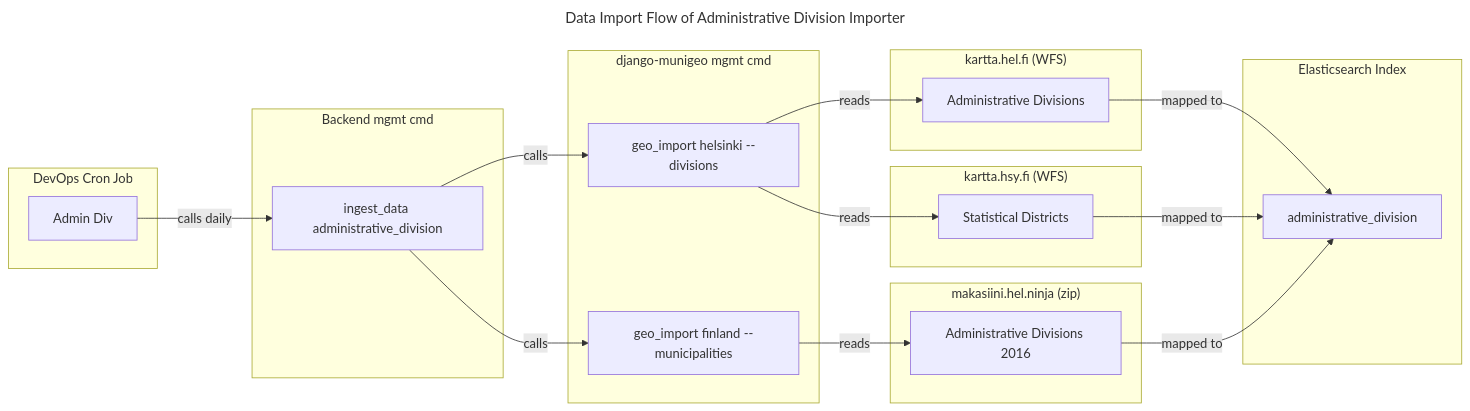
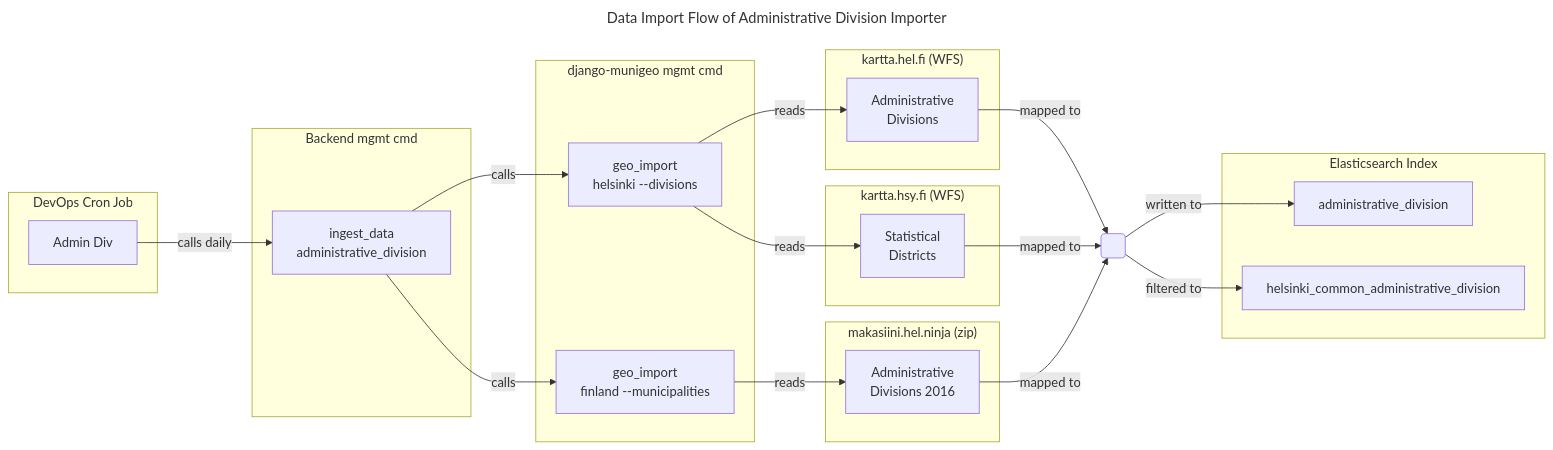
The first of 4 diagrams in sources/ingest/README.md (City-of-Helsinki/unified-search), drawn with Mermaid before and after one commit. The commit also changed other lines of this file and 4 other files, not shown here.

````diff
--- a/sources/ingest/README.md
+++ b/sources/ingest/README.md
@@ -86,41 +86,47 @@
 ```mermaid
 ---
 title: Data Import Flow of Administrative Division Importer
 ---
 flowchart LR
   subgraph DevOps["DevOps Cron Job"]
     AdminDivCronJob["Admin Div"]
   end
   subgraph Sources["Backend mgmt cmd"]
-    IngestDataAdminDiv["ingest_data administrative_division"]
+    IngestDataAdminDiv["ingest_data<br>administrative_division"]
   end
   subgraph DjangoMunigeo["django-munigeo mgmt cmd"]
-    GeoImportFinland["geo_import finland --municipalities"]
-    GeoImportHelsinki["geo_import helsinki --divisions"]
+    GeoImportFinland["geo_import<br>finland --municipalities"]
+    GeoImportHelsinki["geo_import<br>helsinki --divisions"]
   end
   subgraph Makasiini["makasiini.hel.ninja (zip)"]
-    TietoaKuntajaostaZip["Administrative Divisions 2016"]
+    TietoaKuntajaostaZip["Administrative<br>Divisions 2016"]
   end
   subgraph HelsinkiWFS["kartta.hel.fi (WFS)"]
-    AdminDivWFSLayers["Administrative Divisions"]
+    AdminDivWFSLayers["Administrative<br>Divisions"]
   end
   subgraph HsyWFS["kartta.hsy.fi (WFS)"]
-    StatDistrictsWFSLayers["Statistical Districts"]
+    StatDistrictsWFSLayers["Statistical<br>Districts"]
   end
   subgraph Elasticsearch["Elasticsearch Index"]
     AdminDivIndex["administrative_division"]
+    HelAdminDivIndex["helsinki_common_administrative_division"]
   end
 
   AdminDivCronJob -- calls daily --> IngestDataAdminDiv
 
   IngestDataAdminDiv -- calls --> GeoImportFinland
   IngestDataAdminDiv -- calls --> GeoImportHelsinki
 
   GeoImportFinland -- reads --> TietoaKuntajaostaZip
   GeoImportHelsinki -- reads --> AdminDivWFSLayers
   GeoImportHelsinki -- reads --> StatDistrictsWFSLayers
 
-  AdminDivWFSLayers -- mapped to --> AdminDivIndex
-  StatDistrictsWFSLayers -- mapped to --> AdminDivIndex
-  TietoaKuntajaostaZip -- mapped to --> AdminDivIndex
+  PreIndexCombinationPoint(" ")
+
+  AdminDivWFSLayers -- mapped to --> PreIndexCombinationPoint
+  StatDistrictsWFSLayers -- mapped to --> PreIndexCombinationPoint
+  TietoaKuntajaostaZip -- mapped to --> PreIndexCombinationPoint
+
+  PreIndexCombinationPoint -- written to --> AdminDivIndex
+  PreIndexCombinationPoint -- filtered to --> HelAdminDivIndex
 ```
````
